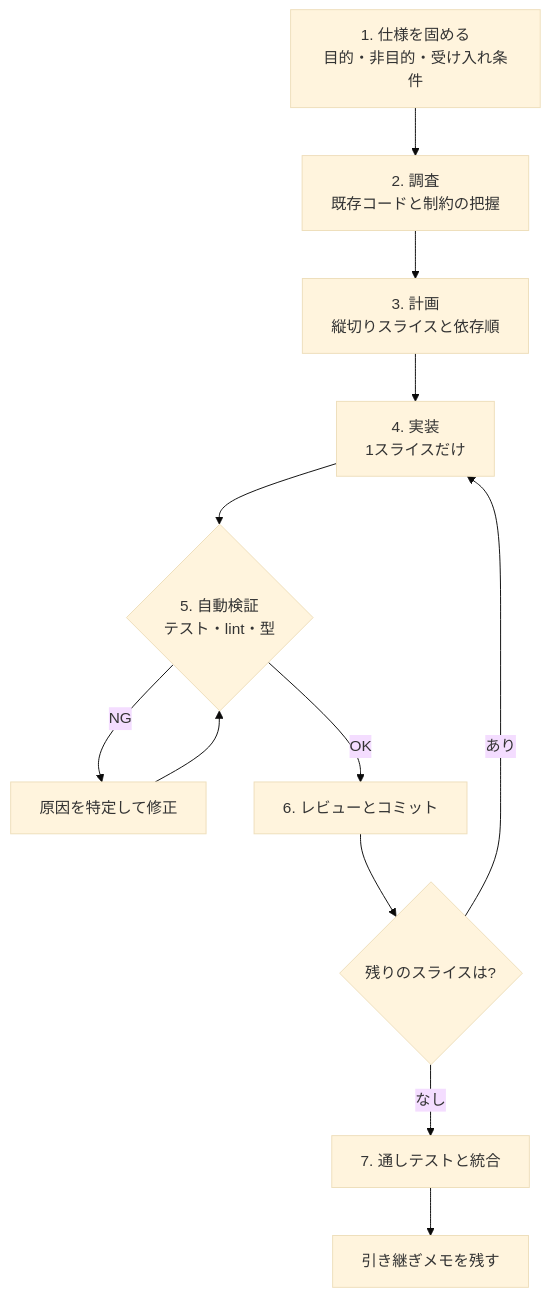
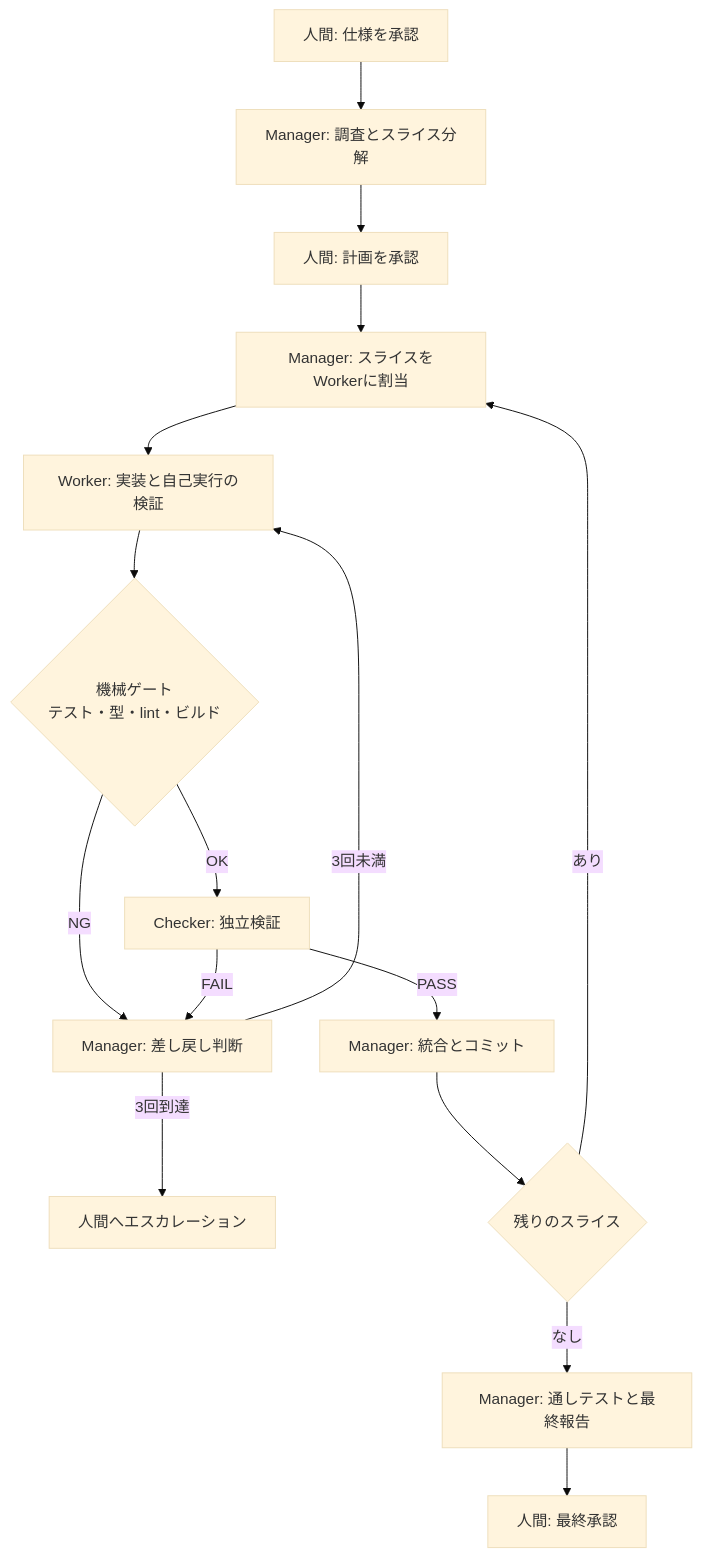
Before and after one commit to yuukioosaka/yuukioosaka.github.io: the diagram in _posts/2026-11-22-large-task-ai.md, drawn with Mermaid (base theme). The commit also changed other lines of this file, not shown here.

````diff
--- a/_posts/2026-11-22-large-task-ai.md
+++ b/_posts/2026-11-22-large-task-ai.md
@@ -49,14 +66,18 @@
 ```mermaid
 graph TD
-    A[1. 仕様を固める<br/>目的・非目的・受け入れ条件] --> B[2. 調査<br/>既存コードと制約の把握]
-    B --> C[3. 計画<br/>縦切りスライスと依存順]
-    C --> D[4. 実装<br/>1スライスだけ]
-    D --> E{5. 自動検証<br/>テスト・lint・型}
-    E -- NG --> F[原因を特定して修正]
-    F --> E
-    E -- OK --> G[6. レビューとコミット]
-    G --> H{残りのスライスは?}
-    H -- あり --> D
-    H -- なし --> I[7. 通しテストと統合]
-    I --> J[引き継ぎメモを残す]
+    H1[人間: 仕様を承認] --> M1[Manager: 調査とスライス分解]
+    M1 --> H2[人間: 計画を承認]
+    H2 --> M2[Manager: スライスをWorkerに割当]
+    M2 --> W[Worker: 実装と自己実行の検証]
+    W --> G{機械ゲート<br/>テスト・型・lint・ビルド}
+    G -- NG --> M3[Manager: 差し戻し判断]
+    G -- OK --> C[Checker: 独立検証]
+    C -- FAIL --> M3
+    M3 -- 3回未満 --> W
+    M3 -- 3回到達 --> H3[人間へエスカレーション]
+    C -- PASS --> M4[Manager: 統合とコミット]
+    M4 --> N{残りのスライス}
+    N -- あり --> M2
+    N -- なし --> F[Manager: 通しテストと最終報告]
+    F --> H4[人間: 最終承認]
 ```
````
